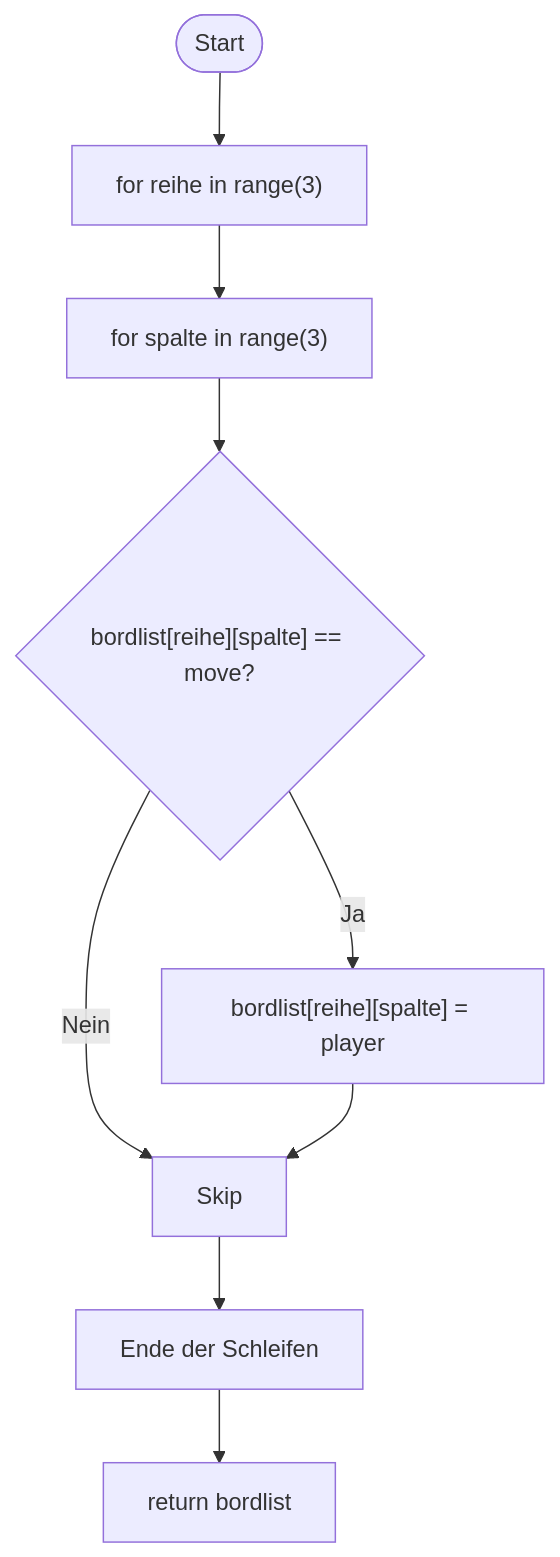
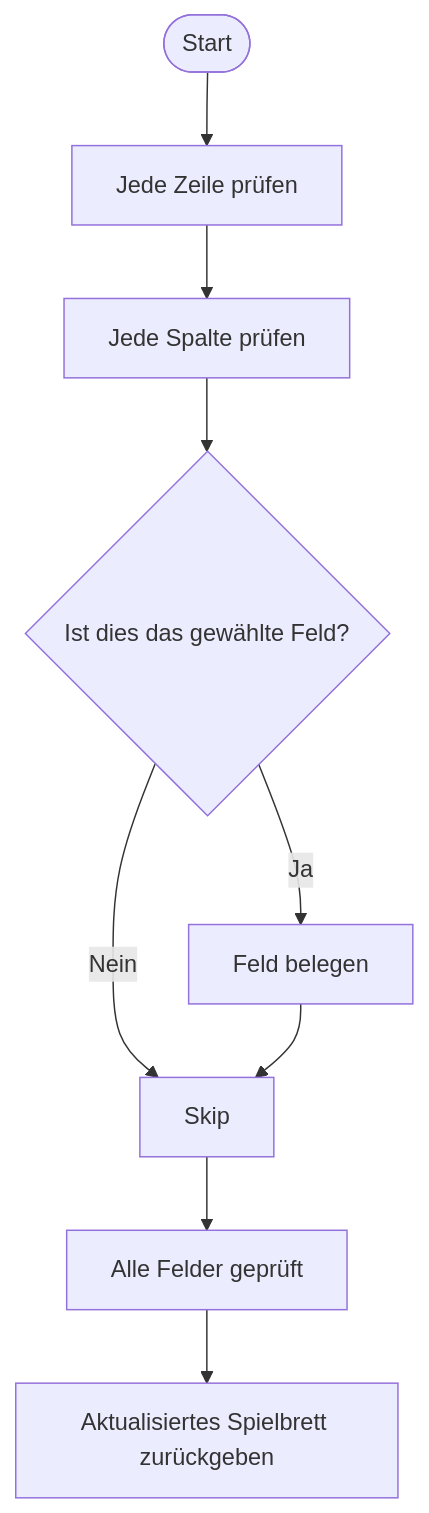
Before and after one commit to Finn965/Informatik-1-Softwareprojekt: the fourth of 13 diagrams in flowchart.md, drawn with Mermaid. The commit also changed other lines of this file, not shown here.

````diff
--- a/flowchart.md
+++ b/flowchart.md
@@ -91,12 +91,12 @@
 ```mermaid
 flowchart TD
     Start([Start])
-    Start --> ForRow["for reihe in range(3)"]
-    ForRow --> ForCol["for spalte in range(3)"]
-    ForCol --> Match{"bordlist[reihe][spalte] == move?"}
-    Match -- Ja --> Set["bordlist[reihe][spalte] = player"]
+    Start --> ForRow["Jede Zeile prüfen"]
+    ForRow --> ForCol["Jede Spalte prüfen"]
+    ForCol --> Match{"Ist dies das gewählte Feld?"}
+    Match -- Ja --> Set["Feld belegen"]
     Match -- Nein --> Skip
     Set --> Skip
-    Skip --> LoopEnd["Ende der Schleifen"]
-    LoopEnd --> Return["return bordlist"]
+    Skip --> LoopEnd["Alle Felder geprüft"]
+    LoopEnd --> Return["Aktualisiertes Spielbrett zurückgeben"]
 ```
````
